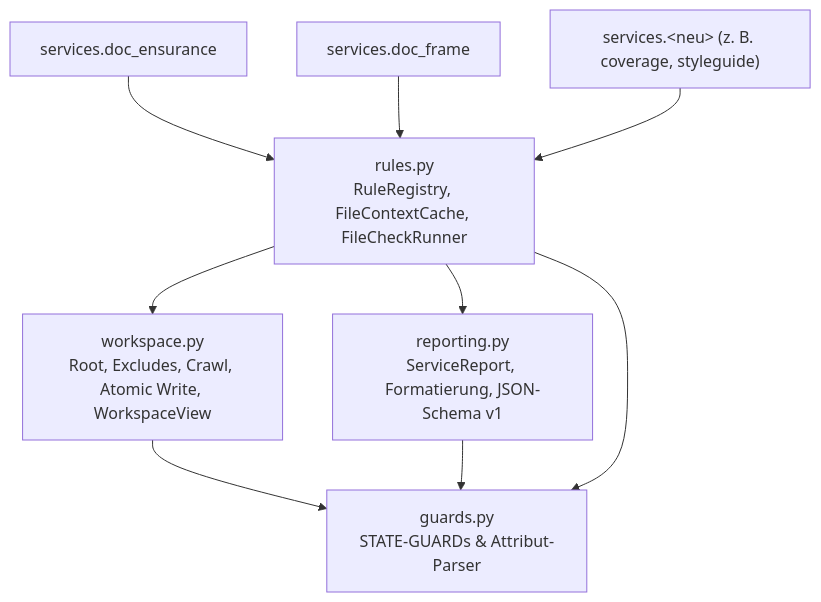
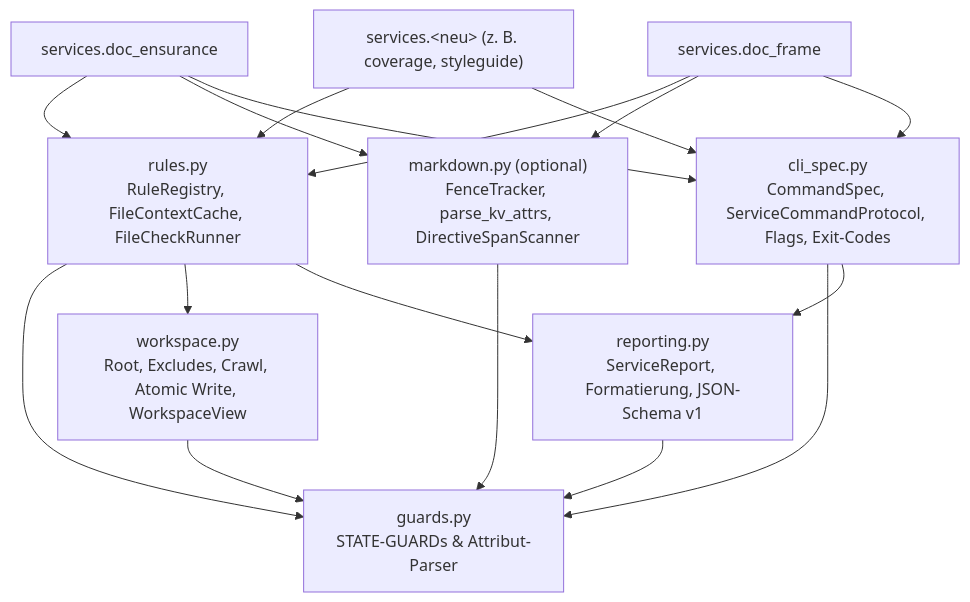
Before and after one commit to Chronuid/qb-cubie: the diagram in docs/services/GUIDE_Service-Core.md, drawn with Mermaid. The commit also changed other lines of this file and 7 other files, not shown here.

````diff
--- a/docs/services/GUIDE_Service-Core.md
+++ b/docs/services/GUIDE_Service-Core.md
@@ -43,17 +43,27 @@
 ```mermaid
 flowchart TD
     G["guards.py<br/>STATE-GUARDs & Attribut-Parser"]
     W["workspace.py<br/>Root, Excludes, Crawl, Atomic Write, WorkspaceView"]
     REP["reporting.py<br/>ServiceReport, Formatierung, JSON-Schema v1"]
     RUL["rules.py<br/>RuleRegistry, FileContextCache, FileCheckRunner"]
+    CLI["cli_spec.py<br/>CommandSpec, ServiceCommandProtocol, Flags, Exit-Codes"]
+    MD["markdown.py (optional)<br/>FenceTracker, parse_kv_attrs, DirectiveSpanScanner"]
 
     W --> G
     REP --> G
     RUL --> G
     RUL --> W
     RUL --> REP
+    CLI --> G
+    CLI --> REP
+    MD --> G
 
     DE["services.doc_ensurance"] --> RUL
+    DE --> MD
+    DE --> CLI
     DF["services.doc_frame"] --> RUL
+    DF --> MD
+    DF --> CLI
     NEXT["services.&lt;neu&gt; (z. B. coverage, styleguide)"] --> RUL
+    NEXT --> CLI
 ```
````
